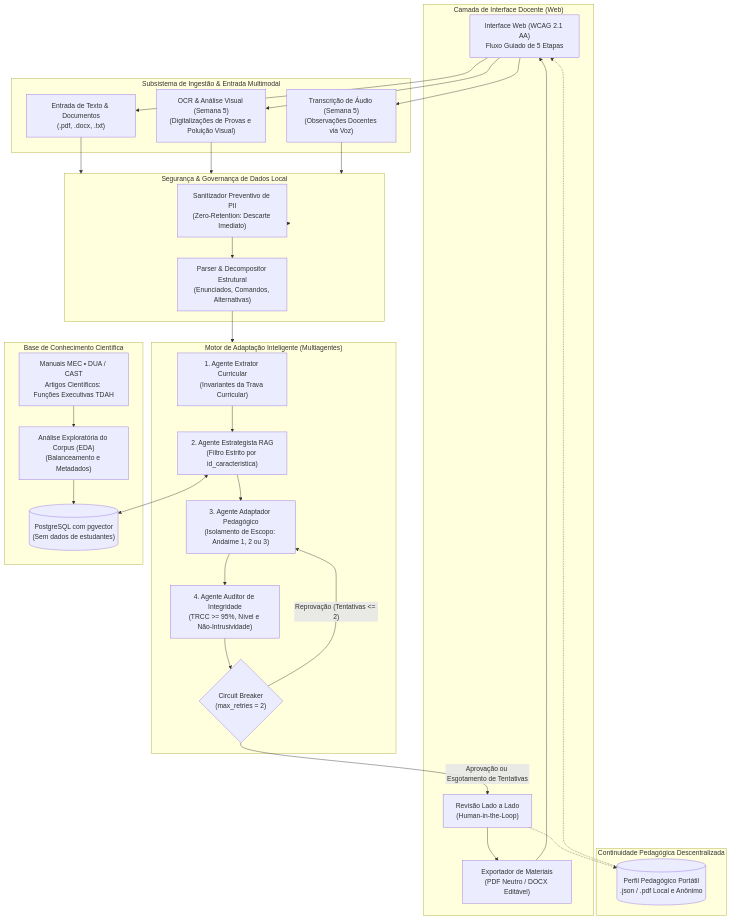
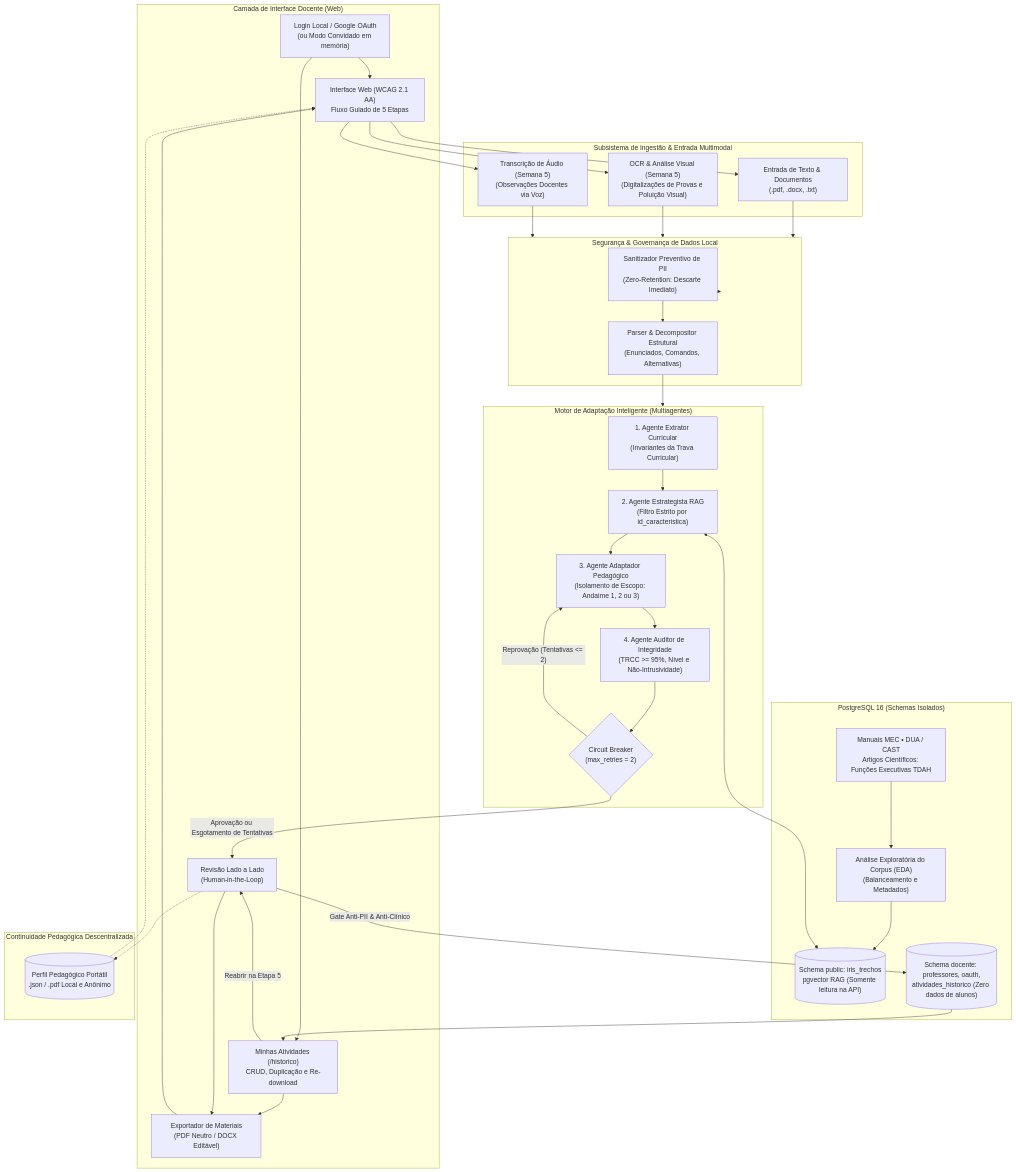
The first of 3 diagrams in docs/arquitetura.md (challenge-2-residencia-ia-grupo-3/Iris), drawn with Mermaid before and after one commit. The commit also changed other lines of this file and 4 other files, not shown here.

Commit message:
feat(auth,history): histórico docente no PostgreSQL com login local, Google OAuth e docs (#126)

````diff
--- a/docs/arquitetura.md
+++ b/docs/arquitetura.md
@@ -7,66 +7,75 @@
 ```mermaid
 flowchart TD
     subgraph Cliente["Camada de Interface Docente (Web)"]
+        AuthUI["Login Local / Google OAuth<br/>(ou Modo Convidado em memória)"]
         UI["Interface Web (WCAG 2.1 AA)<br/>Fluxo Guiado de 5 Etapas"]
         Review["Revisão Lado a Lado<br/>(Human-in-the-Loop)"]
+        HistoryUI["Minhas Atividades (/historico)<br/>CRUD, Duplicação e Re-download"]
         Export["Exportador de Materiais<br/>(PDF Neutro / DOCX Editável)"]
     end
 
     subgraph Ingestao["Subsistema de Ingestão & Entrada Multimodal"]
         TextDocIn["Entrada de Texto & Documentos<br/>(.pdf, .docx, .txt)"]
         OCR_VLM["OCR & Análise Visual (Semana 5)<br/>(Digitalizações de Provas e Poluição Visual)"]
         STT_Audio["Transcrição de Áudio (Semana 5)<br/>(Observações Docentes via Voz)"]
     end
 
     subgraph Gateway["Segurança & Governança de Dados Local"]
         PII["Sanitizador Preventivo de PII<br/>(Zero-Retention: Descarte Imediato)"]
         Parser["Parser & Decompositor Estrutural<br/>(Enunciados, Comandos, Alternativas)"]
     end
 
     subgraph Core["Motor de Adaptação Inteligente (Multiagentes)"]
         AgCurriculo["1. Agente Extrator Curricular<br/>(Invariantes da Trava Curricular)"]
         AgEstrategia["2. Agente Estrategista RAG<br/>(Filtro Estrito por id_caracteristica)"]
         AgAdaptador["3. Agente Adaptador Pedagógico<br/>(Isolamento de Escopo: Andaime 1, 2 ou 3)"]
         AgAuditor["4. Agente Auditor de Integridade<br/>(TRCC >= 95%, Nível e Não-Intrusividade)"]
         CircuitBreaker{"Circuit Breaker<br/>(max_retries = 2)"}
     end
 
-    subgraph RAG_KB["Base de Conhecimento Científica"]
-        PgVector[("PostgreSQL com pgvector<br/>(Sem dados de estudantes)")]
+    subgraph RAG_KB["PostgreSQL 16 (Schemas Isolados)"]
+        PgVector[("Schema public: iris_trechos<br/>pgvector RAG (Somente leitura na API)")]
+        PgDocente[("Schema docente: professores, oauth,<br/>atividades_historico (Zero dados de alunos)")]
         KB_Docs["Manuais MEC • DUA / CAST<br/>Artigos Científicos: Funções Executivas TDAH"]
         EDA_Corpus["Análise Exploratória do Corpus (EDA)<br/>(Balanceamento e Metadados)"]
     end
 
     subgraph Portabilidade["Continuidade Pedagógica Descentralizada"]
         PortProfile[("Perfil Pedagógico Portátil<br/>.json / .pdf Local e Anônimo")]
     end
 
+    AuthUI --> UI
+    AuthUI --> HistoryUI
     UI --> TextDocIn
     UI --> OCR_VLM
     UI --> STT_Audio
 
     TextDocIn --> Gateway
     OCR_VLM --> Gateway
     STT_Audio --> Gateway
 
     Gateway --> PII
     PII --> Parser
     Parser --> Core
 
     KB_Docs --> EDA_Corpus
     EDA_Corpus --> PgVector
 
     AgCurriculo --> AgEstrategia
     AgEstrategia <--> PgVector
     AgEstrategia --> AgAdaptador
     AgAdaptador --> AgAuditor
 
     AgAuditor --> CircuitBreaker
     CircuitBreaker -- "Reprovação (Tentativas <= 2)" --> AgAdaptador
     CircuitBreaker -- "Aprovação ou Esgotamento de Tentativas" --> Review
 
+    Review -->|"Gate Anti-PII & Anti-Clínico"| PgDocente
+    PgDocente --> HistoryUI
+    HistoryUI -->|"Reabrir na Etapa 5"| Review
+    HistoryUI --> Export
     Review --> Export
     Review -.-> PortProfile
     PortProfile -.-> UI
     Export --> UI
 ```
````
